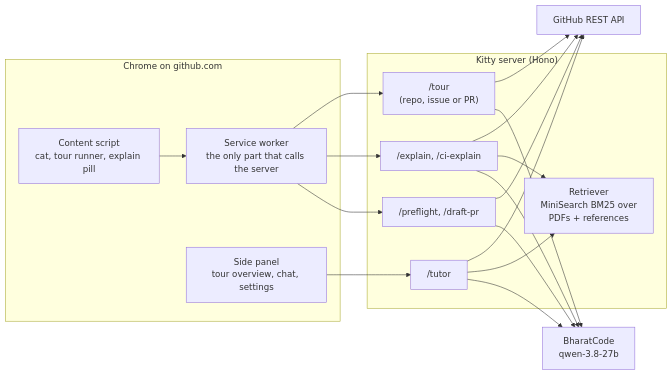
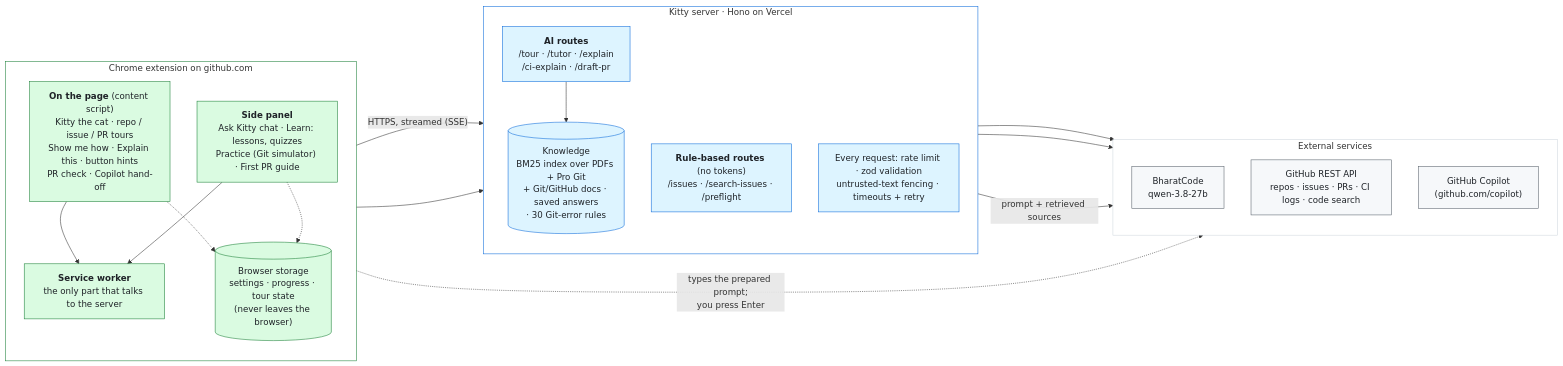
Before and after one commit to Krish6115/GitxGithub: the diagram in kitty/README.md, drawn with Mermaid. The commit also changed other lines of this file, not shown here.

Commit message:
docs: new architecture diagram for Kitty
Shows the three extension parts (on-page, side panel, service worker) and browser-only storage, the server's AI and rule-based routes, the knowledge index and guards, and the external services (BharatCode, GitHub REST API, GitHub Copilot hand-off).

````diff
--- a/kitty/README.md
+++ b/kitty/README.md
@@ -52,24 +52,47 @@
 ```mermaid
 flowchart LR
-  subgraph Browser["Chrome on github.com"]
-    CS["Content script<br/>cat, tour runner, explain pill"]
-    SW["Service worker<br/>the only part that calls the server"]
-    SP["Side panel<br/>tour overview, chat, settings"]
+  subgraph EXT["Chrome extension on github.com"]
+    direction TB
+    CS["<b>On the page</b> (content script)<br/>Kitty the cat · repo / issue / PR tours<br/>Show me how · Explain this · button hints<br/>PR check · Copilot hand-off"]
+    SP["<b>Side panel</b><br/>Ask Kitty chat · Learn: lessons, quizzes<br/>Practice (Git simulator) · First PR guide"]
+    LOCAL[("Browser storage<br/>settings · progress · tour state<br/>(never leaves the browser)")]
+    SW["<b>Service worker</b><br/>the only part that talks to the server"]
+    CS --> SW
+    SP --> SW
+    CS -.-> LOCAL
+    SP -.-> LOCAL
   end
-  subgraph Server["Kitty server (Hono)"]
-    T["/tour<br/>(repo, issue or PR)"]
-    Q["/tutor"]
-    X["/explain, /ci-explain"]
-    P["/preflight, /draft-pr"]
-    R["Retriever<br/>MiniSearch BM25 over<br/>PDFs + references"]
+
+  subgraph SRV["Kitty server · Hono on Vercel"]
+    direction TB
+    AI["<b>AI routes</b><br/>/tour · /tutor · /explain<br/>/ci-explain · /draft-pr"]
+    RULES["<b>Rule-based routes</b> (no tokens)<br/>/issues · /search-issues · /preflight"]
+    RAG[("Knowledge<br/>BM25 index over PDFs + Pro Git<br/>+ Git/GitHub docs · saved answers<br/>· 30 Git-error rules")]
+    GUARD["Every request: rate limit · zod validation<br/>untrusted-text fencing · timeouts + retry"]
+    AI --> RAG
   end
-  GH["GitHub REST API"]
-  BC["BharatCode<br/>qwen-3.8-27b"]
-  CS --> SW --> T & X & P
-  SP --> Q
-  T & P & X --> GH
-  Q --> GH
-  Q --> R
-  X --> R
-  T & Q & X & P --> BC
+
+  subgraph OUT["External services"]
+    direction TB
+    BC["BharatCode<br/>qwen-3.8-27b"]
+    GH["GitHub REST API<br/>repos · issues · PRs · CI logs · code search"]
+    CP["GitHub Copilot<br/>(github.com/copilot)"]
+  end
+
+  SW -- "HTTPS, streamed (SSE)" --> AI
+  SW --> RULES
+  AI --> GH
+  RULES --> GH
+  AI -- "prompt + retrieved sources" --> BC
+  CS -. "types the prepared prompt;<br/>you press Enter" .-> CP
+
+  classDef ext fill:#dafbe1,stroke:#1a7f37,color:#1f2328
+  classDef srv fill:#ddf4ff,stroke:#0969da,color:#1f2328
+  classDef outside fill:#f6f8fa,stroke:#57606a,color:#1f2328
+  class CS,SP,SW,LOCAL ext
+  class AI,RULES,RAG,GUARD srv
+  class GH,BC,CP outside
+  style OUT fill:#ffffff,stroke:#d0d7de
+  style EXT fill:#ffffff,stroke:#1a7f37
+  style SRV fill:#ffffff,stroke:#0969da
 ```
````
